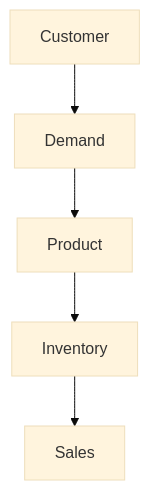
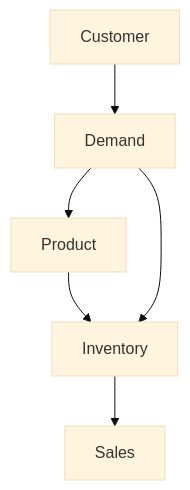
The diagram in README.md (ryanbullock02/NikeStore_ERD.md), drawn with Mermaid (base theme) before and after one commit.

````diff
--- a/README.md
+++ b/README.md
@@ -4,8 +4,9 @@
 ```mermaid
 flowchart TB
   A[Customer] --> B[Demand]
   B --> C[Product]
   C --> D[Inventory]
+  B --> D
   D --> E[Sales]
-  
+
   ```
````
